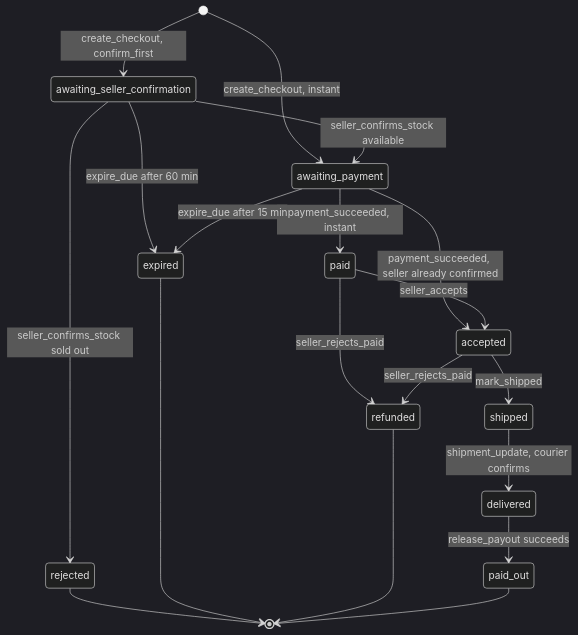
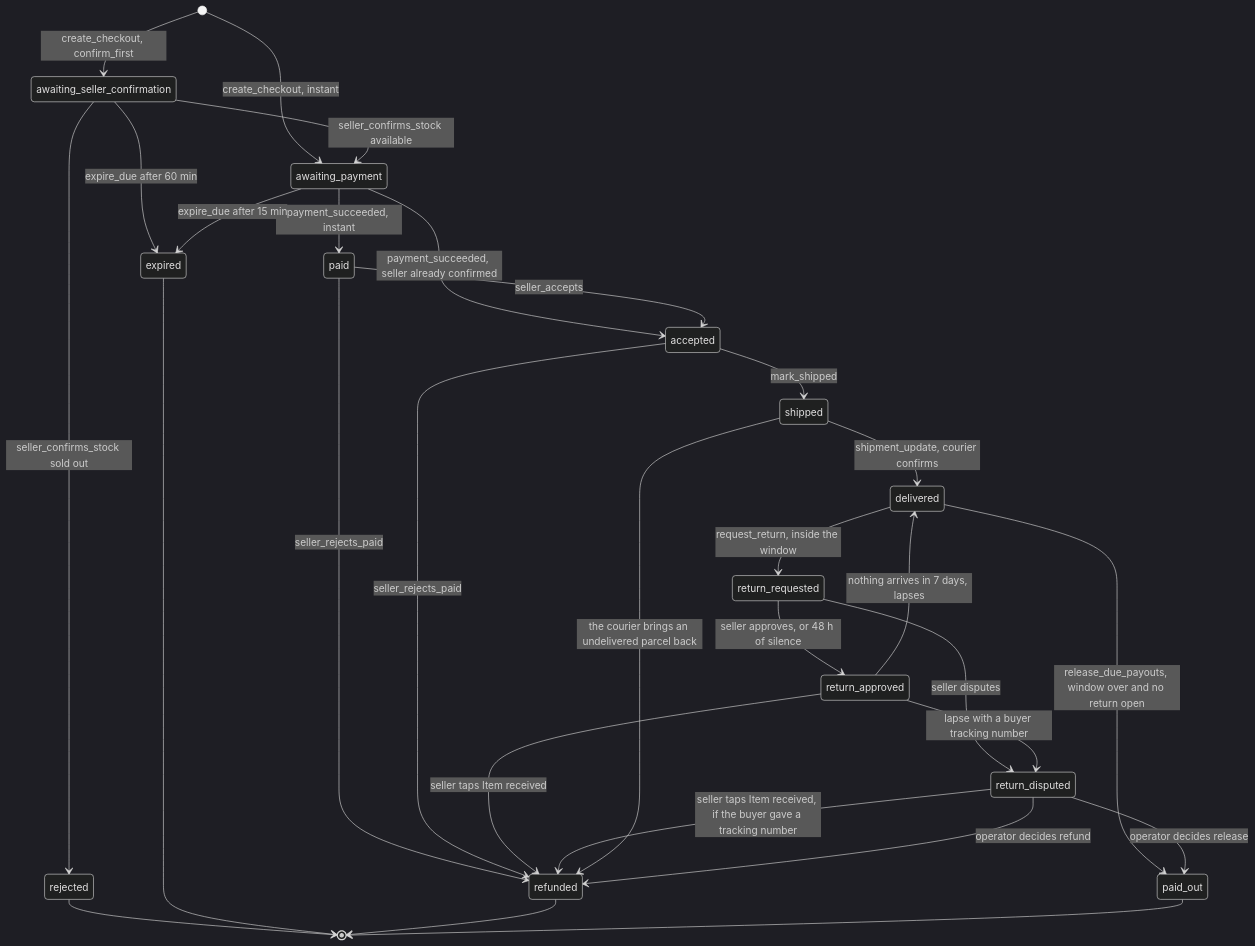
Before and after one commit to galihsatriawan/etalase: the second of 3 diagrams in learn/architecture/checkout-and-orders.md, drawn with Mermaid (dark theme). The commit also changed other lines of this file and 106 other files, not shown here.

````diff
--- a/learn/architecture/checkout-and-orders.md
+++ b/learn/architecture/checkout-and-orders.md
@@ -60,21 +63,31 @@
 ```mermaid
 stateDiagram-v2
   [*] --> awaiting_seller_confirmation: create_checkout, confirm_first
   [*] --> awaiting_payment: create_checkout, instant
   awaiting_seller_confirmation --> awaiting_payment: seller_confirms_stock available
   awaiting_seller_confirmation --> rejected: seller_confirms_stock sold out
   awaiting_seller_confirmation --> expired: expire_due after 60 min
   awaiting_payment --> paid: payment_succeeded, instant
   awaiting_payment --> accepted: payment_succeeded, seller already confirmed
   awaiting_payment --> expired: expire_due after 15 min
   paid --> accepted: seller_accepts
   paid --> refunded: seller_rejects_paid
   accepted --> refunded: seller_rejects_paid
   accepted --> shipped: mark_shipped
   shipped --> delivered: shipment_update, courier confirms
-  delivered --> paid_out: release_payout succeeds
+  delivered --> paid_out: release_due_payouts, window over and no return open
+  delivered --> return_requested: request_return, inside the window
+  return_requested --> return_approved: seller approves, or 48 h of silence
+  return_requested --> return_disputed: seller disputes
+  return_approved --> refunded: seller taps Item received
+  return_disputed --> refunded: seller taps Item received, if the buyer gave a tracking number
+  shipped --> refunded: the courier brings an undelivered parcel back
+  return_approved --> delivered: nothing arrives in 7 days, lapses
+  return_approved --> return_disputed: lapse with a buyer tracking number
+  return_disputed --> refunded: operator decides refund
+  return_disputed --> paid_out: operator decides release
   rejected --> [*]
   expired --> [*]
   refunded --> [*]
   paid_out --> [*]
 ```
````
